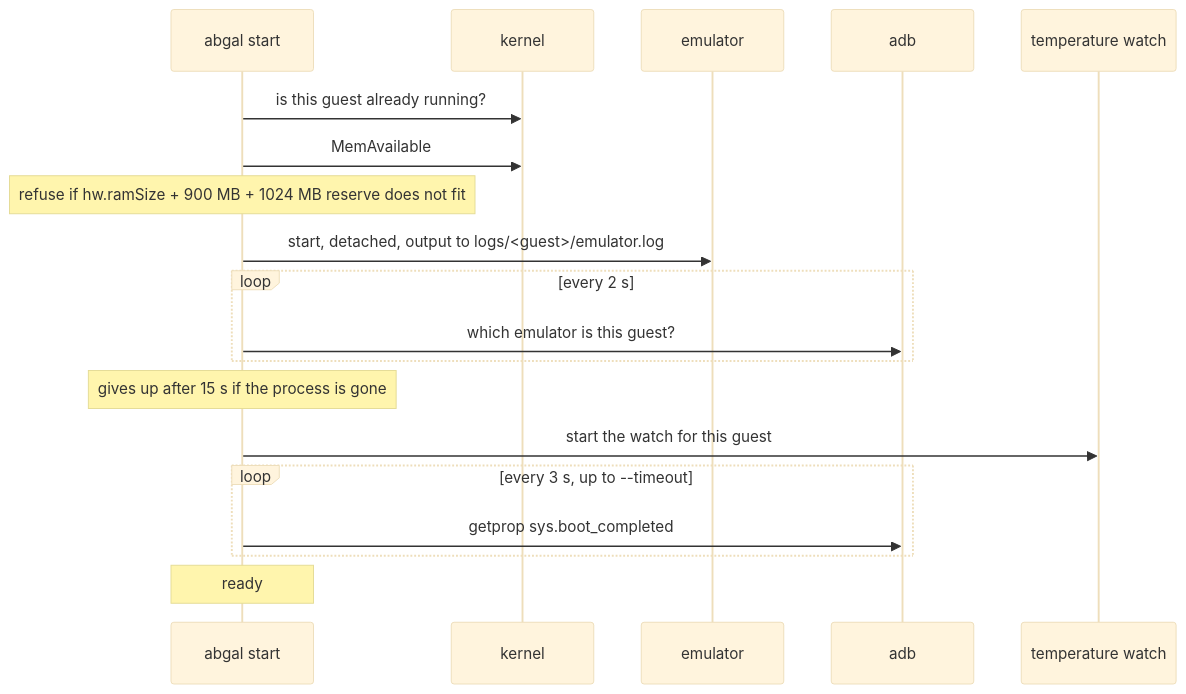
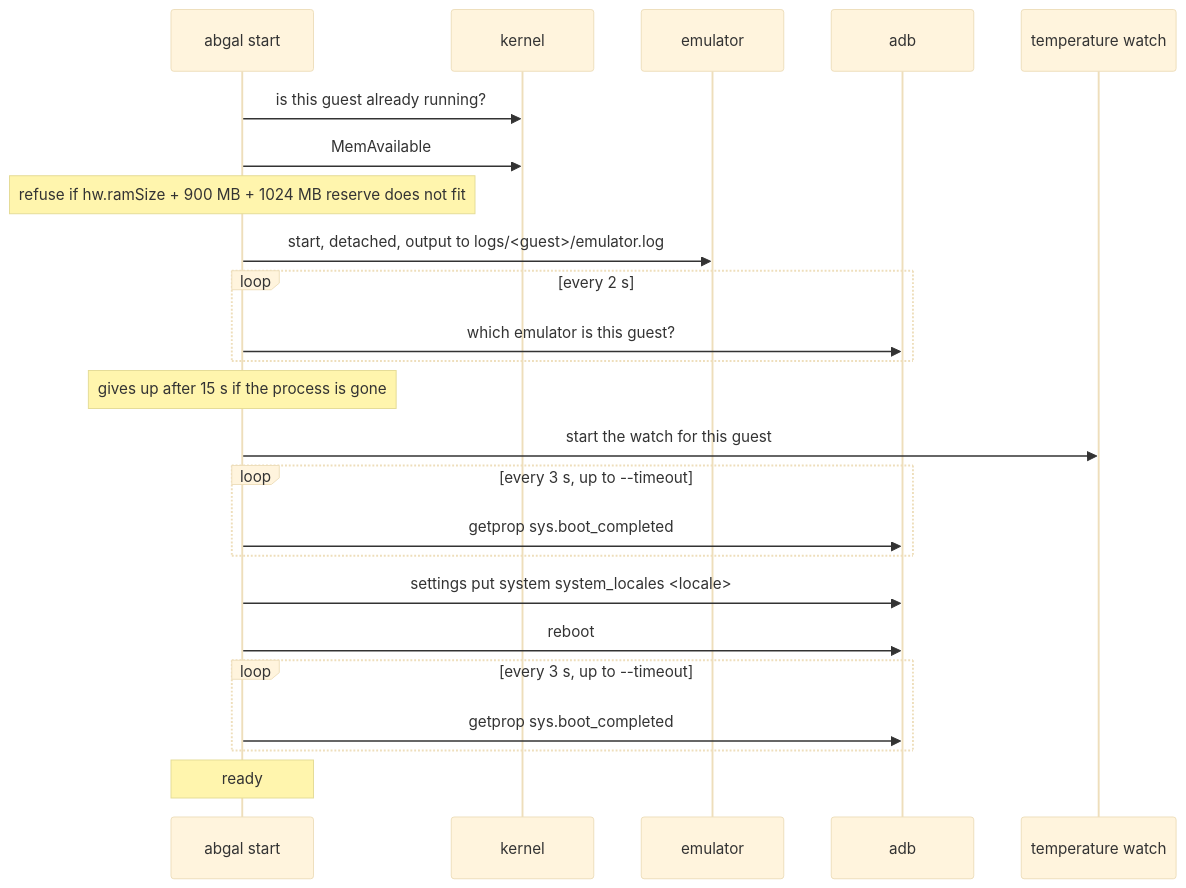
The first of 3 diagrams in docs/how-it-works.de.md (mohamadmussa/abgal), drawn with Mermaid (base theme) before and after one commit. The commit also changed other lines of this file and 3 other files, not shown here.

First line of the commit message:
fix(start): set locale via settings put and a real reboot, not -change-locale

````diff
--- a/docs/how-it-works.de.md
+++ b/docs/how-it-works.de.md
@@ -121,21 +121,26 @@
 ```mermaid
 sequenceDiagram
     participant U as abgal start
     participant K as kernel
     participant E as emulator
     participant A as adb
     participant W as temperature watch
     U->>K: is this guest already running?
     U->>K: MemAvailable
     Note over U: refuse if hw.ramSize + 900 MB + 1024 MB reserve does not fit
     U->>E: start, detached, output to logs/<guest>/emulator.log
     loop every 2 s
         U->>A: which emulator is this guest?
     end
     Note over U: gives up after 15 s if the process is gone
     U->>W: start the watch for this guest
     loop every 3 s, up to --timeout
         U->>A: getprop sys.boot_completed
     end
+    U->>A: settings put system system_locales <locale>
+    U->>A: reboot
+    loop every 3 s, up to --timeout
+        U->>A: getprop sys.boot_completed
+    end
     Note over U: ready
 ```
````
